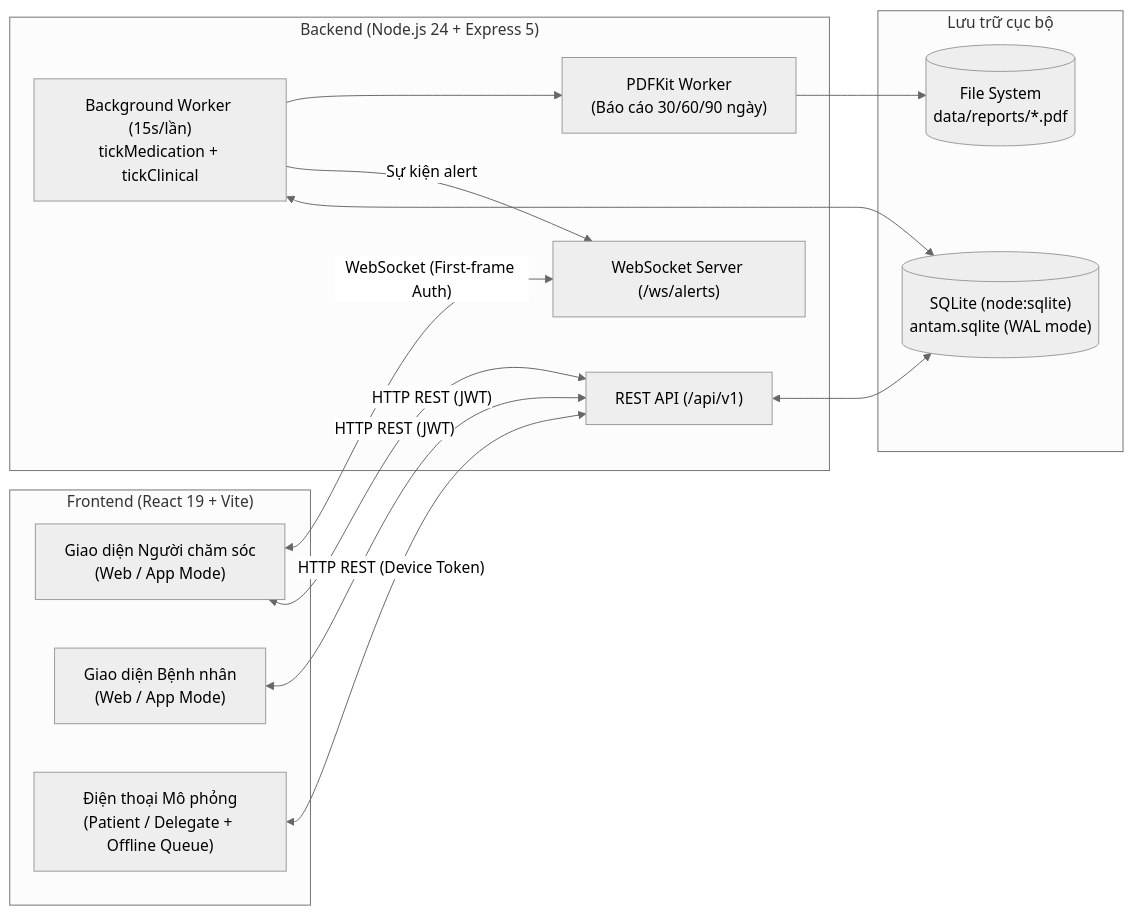
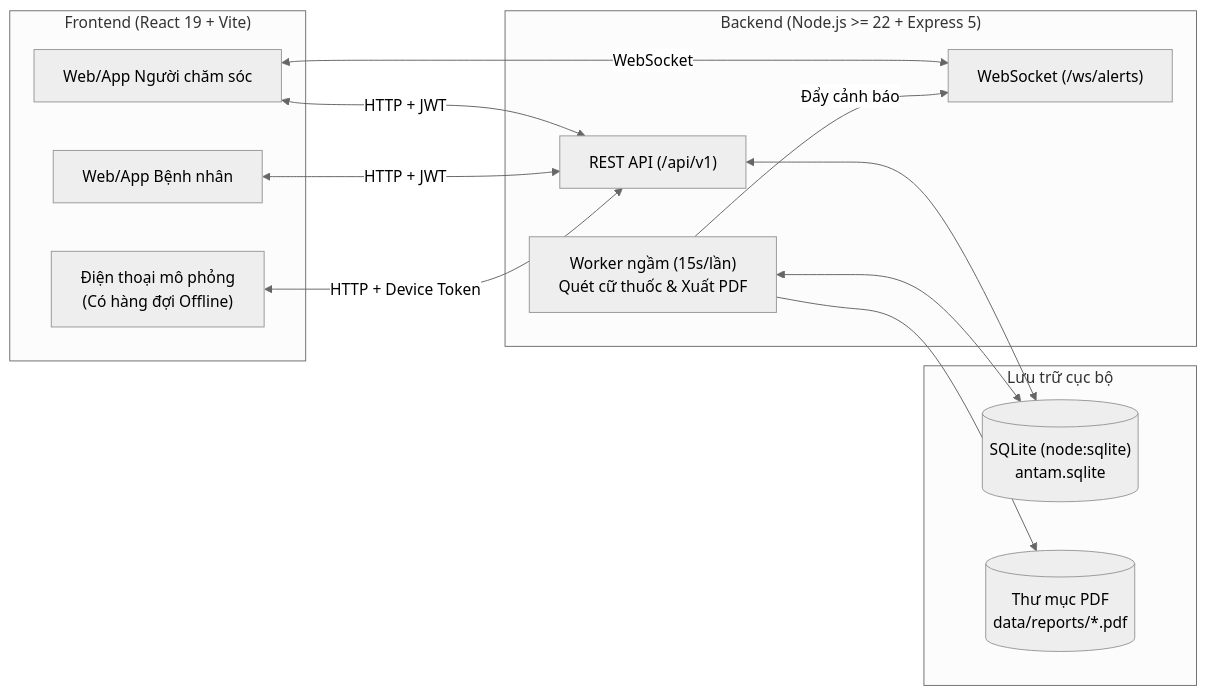
One commit to bblizzardd/KTPMUD changed the diagram in docs/GIAI_THICH_CODE.md. Above: the diagram before and after it, drawn with Mermaid (neutral theme). The commit also changed other lines of this file and 47 other files, not shown here.

````diff
--- a/docs/GIAI_THICH_CODE.md
+++ b/docs/GIAI_THICH_CODE.md
@@ -42,30 +11,26 @@
 ```mermaid
 flowchart LR
     subgraph Client ["Frontend (React 19 + Vite)"]
-        WebUI["Giao diện Người chăm sóc<br/>(Web / App Mode)"]
-        PatientUI["Giao diện Bệnh nhân<br/>(Web / App Mode)"]
-        PhoneSim["Điện thoại Mô phỏng<br/>(Patient / Delegate + Offline Queue)"]
+        CaregiverUI["Web/App Người chăm sóc"]
+        PatientUI["Web/App Bệnh nhân"]
+        PhoneSim["Điện thoại mô phỏng<br/>(Có hàng đợi Offline)"]
     end
 
-    subgraph Server ["Backend (Node.js 24 + Express 5)"]
+    subgraph Server ["Backend (Node.js >= 22 + Express 5)"]
         API["REST API (/api/v1)"]
-        WS["WebSocket Server (/ws/alerts)"]
-        Worker["Background Worker (15s/lần)<br/>tickMedication + tickClinical"]
-        PDF["PDFKit Worker<br/>(Báo cáo 30/60/90 ngày)"]
+        WS["WebSocket (/ws/alerts)"]
+        Worker["Worker ngầm (15s/lần)<br/>Quét cữ thuốc & Xuất PDF"]
     end
 
     subgraph Storage ["Lưu trữ cục bộ"]
-        DB[("SQLite (node:sqlite)<br/>antam.sqlite (WAL mode)")]
-        FS[("File System<br/>data/reports/*.pdf")]
+        DB[("SQLite (node:sqlite)<br/>antam.sqlite")]
+        PDF[("Thư mục PDF<br/>data/reports/*.pdf")]
     end
 
-    WebUI <-->|"HTTP REST (JWT)"| API
-    PatientUI <-->|"HTTP REST (JWT)"| API
-    PhoneSim <-->|"HTTP REST (Device Token)"| API
-    WebUI <-- "WebSocket (First-frame Auth)" --> WS
-    API <--> DB
-    Worker <--> DB
-    Worker -->|"Sự kiện alert"| WS
+    CaregiverUI & PatientUI <-->|"HTTP + JWT"| API
+    PhoneSim <-->|"HTTP + Device Token"| API
+    CaregiverUI <-- "WebSocket" --> WS
+    API & Worker <--> DB
+    Worker -->|"Đẩy cảnh báo"| WS
     Worker --> PDF
-    PDF --> FS
 ```
````
